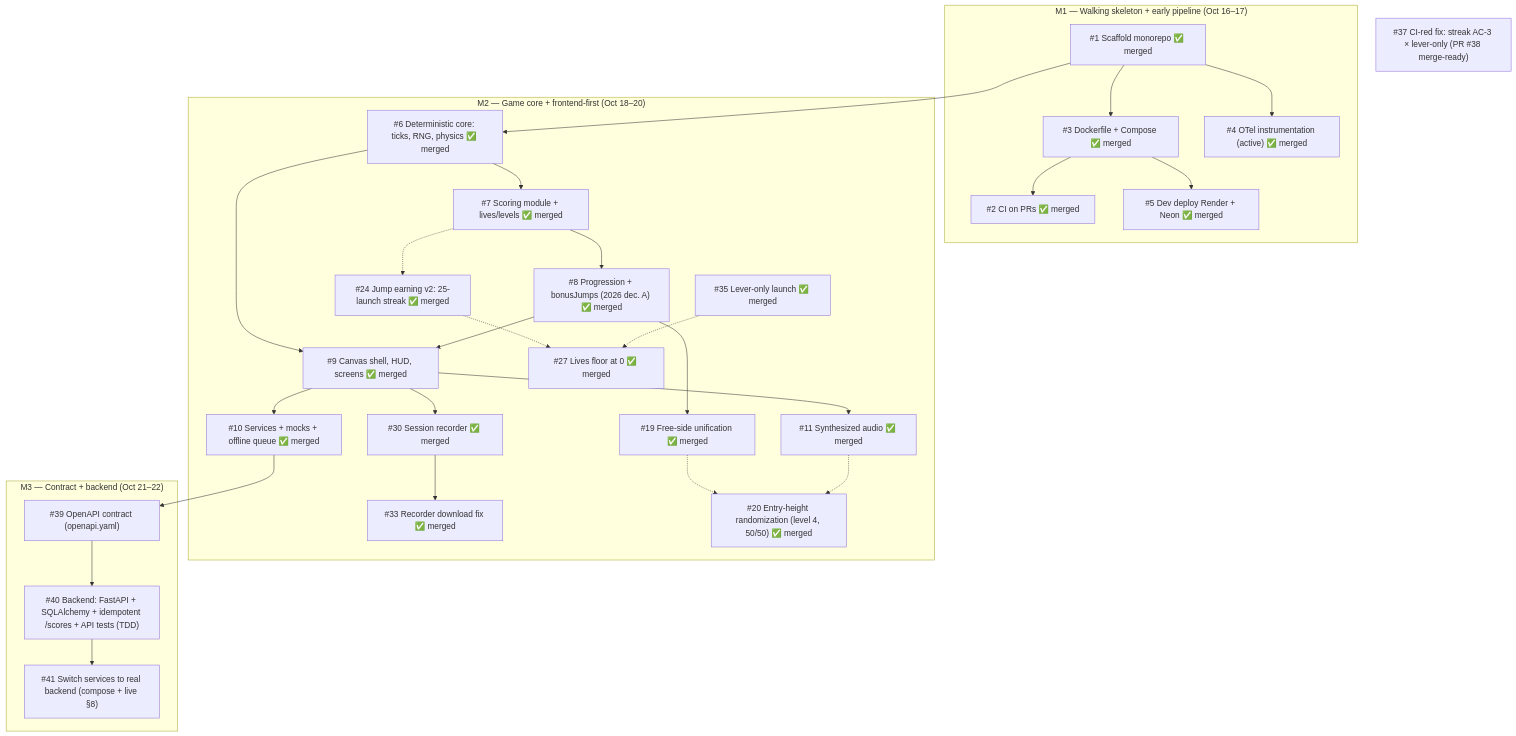
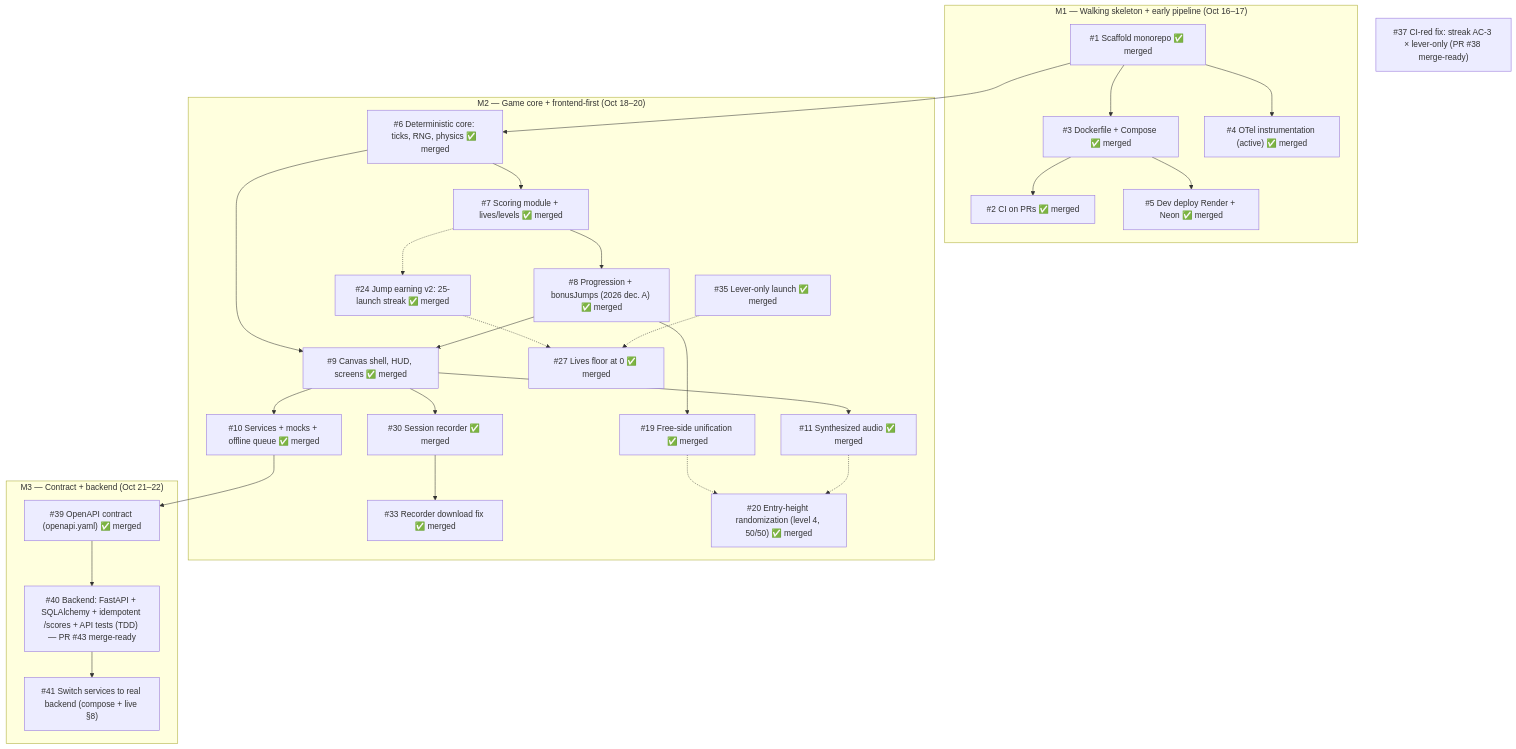
One commit to lucapug/clown-circus-reloaded changed the diagram in _docs/backlog.md. Above: the diagram before and after it, drawn with Mermaid. The commit also changed 1 other file, not shown here.

Commit message:
Diary: cycle #21 (issue #40, PR #43) — leaderboard backend merge-ready; backlog map: #39 merged

````diff
--- a/_docs/backlog.md
+++ b/_docs/backlog.md
@@ -7,59 +7,59 @@
 ```mermaid
 graph TD
     subgraph M1["M1 — Walking skeleton + early pipeline (Oct 16–17)"]
         I1["#1 Scaffold monorepo ✅ merged"]
     I2["#2 CI on PRs ✅ merged"]
         I3["#3 Dockerfile + Compose ✅ merged"]
     I4["#4 OTel instrumentation (active) ✅ merged"]
     I5["#5 Dev deploy Render + Neon ✅ merged"]
     end
 
     subgraph M2["M2 — Game core + frontend-first (Oct 18–20)"]
         I6["#6 Deterministic core: ticks, RNG, physics ✅ merged"]
         I7["#7 Scoring module + lives/levels ✅ merged"]
         I8["#8 Progression + bonusJumps (2026 dec. A) ✅ merged"]
         I9["#9 Canvas shell, HUD, screens ✅ merged"]
     I30["#30 Session recorder ✅ merged"]
     I33["#33 Recorder download fix ✅ merged"]
         I10["#10 Services + mocks + offline queue ✅ merged"]
         I11["#11 Synthesized audio ✅ merged"]
         I19["#19 Free-side unification ✅ merged"]
         I20["#20 Entry-height randomization (level 4, 50/50) ✅ merged"]
         I24["#24 Jump earning v2: 25-launch streak ✅ merged"]
         I27["#27 Lives floor at 0 ✅ merged"]
     I35["#35 Lever-only launch ✅ merged"]
     end
 
     subgraph M3["M3 — Contract + backend (Oct 21–22)"]
-        I39["#39 OpenAPI contract (openapi.yaml)"]
-        I40["#40 Backend: FastAPI + SQLAlchemy + idempotent /scores + API tests (TDD)"]
+        I39["#39 OpenAPI contract (openapi.yaml) ✅ merged"]
+        I40["#40 Backend: FastAPI + SQLAlchemy + idempotent /scores + API tests (TDD) — PR #43 merge-ready"]
         I41["#41 Switch services to real backend (compose + live §8)"]
     end
 
     I37["#37 CI-red fix: streak AC-3 × lever-only (PR #38 merge-ready)"]
 
     I1 --> I3
     I1 --> I4
     I3 --> I2
     I3 --> I5
 
     I1 --> I6
     I6 --> I7
     I7 --> I8
     I6 --> I9
     I8 --> I9
     I9 --> I10
     I9 --> I11
     I8 --> I19
     I19 -.-> I20
     I11 -.-> I20
     I7 -.-> I24
     I9 --> I30
     I30 --> I33
     I24 -.-> I27
     I35 -.-> I27
 
     I10 --> I39
     I39 --> I40
     I40 --> I41
 ```
````
